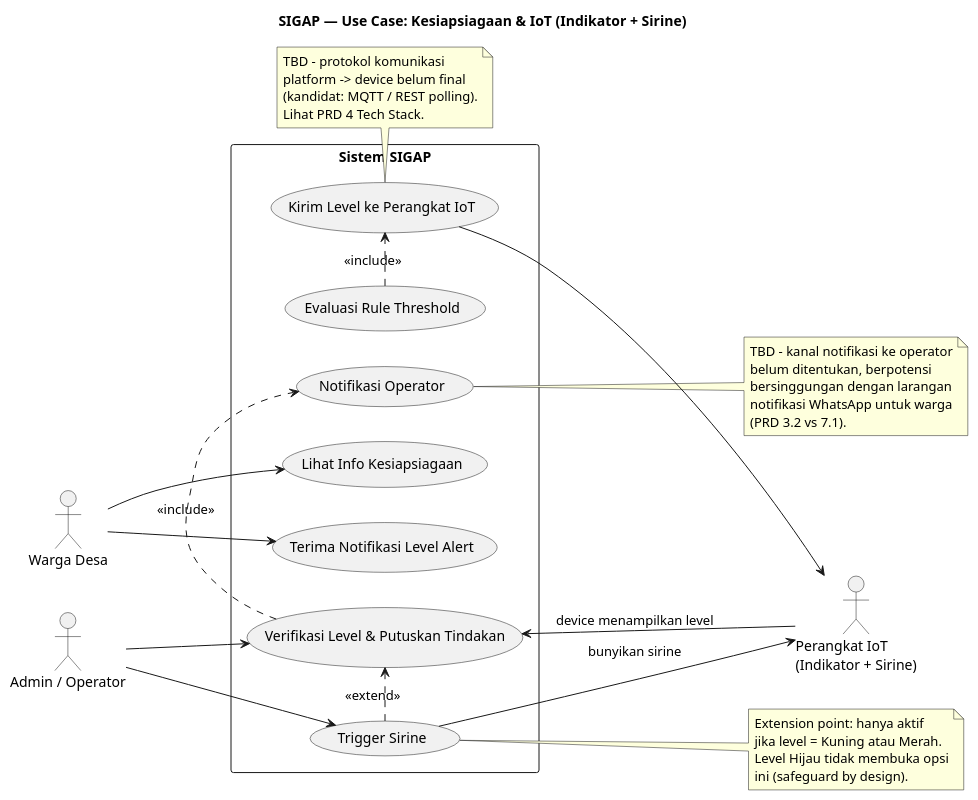
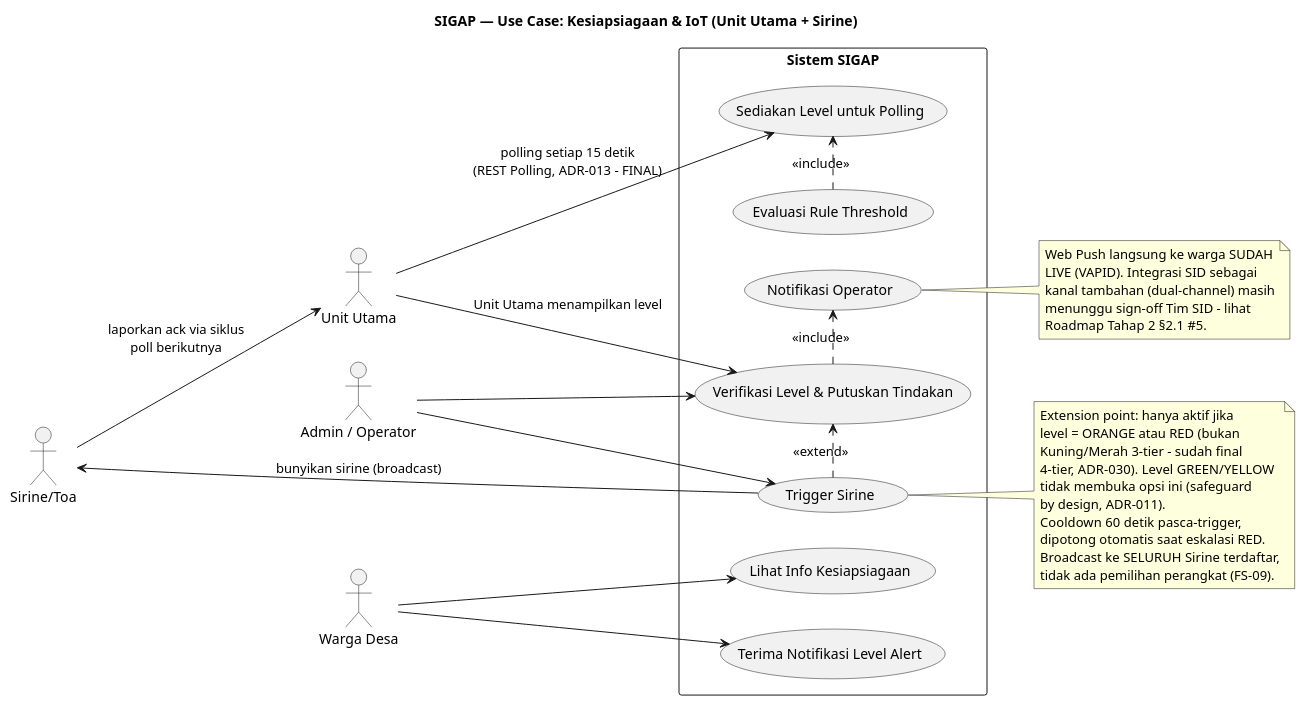
The diagram in docs/business/usecase/uc_kesiapsiagaan_iot.puml (Vextronode/sigap_app), drawn with PlantUML before and after one commit. The commit also changed 34 other files, not shown here.

```diff
--- a/docs/business/usecase/uc_kesiapsiagaan_iot.puml
+++ b/docs/business/usecase/uc_kesiapsiagaan_iot.puml
@@ -1,54 +1,55 @@
 @startuml uc_kesiapsiagaan_iot
 left to right direction
-title SIGAP — Use Case: Kesiapsiagaan & IoT (Indikator + Sirine)
+title SIGAP — Use Case: Kesiapsiagaan & IoT (Unit Utama + Sirine)
 
 actor "Warga Desa" as Warga
-actor "Admin / Operator" as Admin
-actor "Perangkat IoT\n(Indikator + Sirine)" as IoT
+actor "Admin / Operator" as AdminOp
+actor "Unit Utama" as UU
+actor "Sirine/Toa" as Si
 
 rectangle "Sistem SIGAP" {
   usecase "Lihat Info Kesiapsiagaan" as UC3
   usecase "Terima Notifikasi Level Alert" as UC4
   usecase "Evaluasi Rule Threshold" as UC_rule
-  usecase "Kirim Level ke Perangkat IoT" as UC11
+  usecase "Sediakan Level untuk Polling" as UC11
   usecase "Verifikasi Level & Putuskan Tindakan" as UC8
   usecase "Trigger Sirine" as UC9
   usecase "Notifikasi Operator" as UC_notif
 }
 
 Warga --> UC3
 Warga --> UC4
 
 UC_rule .> UC11 : <<include>>
-UC11 --> IoT
+UU --> UC11 : polling setiap 15 detik\n(REST Polling, ADR-013 - FINAL)
 
-IoT --> UC8 : device menampilkan level
+UU --> UC8 : Unit Utama menampilkan level
 UC8 .> UC_notif : <<include>>
-Admin --> UC8
+AdminOp --> UC8
 
 UC9 .> UC8 : <<extend>>
 note right of UC9
-  Extension point: hanya aktif
-  jika level = Kuning atau Merah.
-  Level Hijau tidak membuka opsi
-  ini (safeguard by design).
+  Extension point: hanya aktif jika
+  level = ORANGE atau RED (bukan
+  Kuning/Merah 3-tier - sudah final
+  4-tier, ADR-030). Level GREEN/YELLOW
+  tidak membuka opsi ini (safeguard
+  by design, ADR-011).
+  Cooldown 60 detik pasca-trigger,
+  dipotong otomatis saat eskalasi RED.
+  Broadcast ke SELURUH Sirine terdaftar,
+  tidak ada pemilihan perangkat (FS-09).
 end note
-Admin --> UC9
-UC9 --> IoT : bunyikan sirine
+AdminOp --> UC9
+UC9 --> Si : bunyikan sirine (broadcast)
+Si --> UU : laporkan ack via siklus\npoll berikutnya
 
 note right of UC_notif
-  TBD - kanal notifikasi ke operator
-  belum ditentukan, berpotensi
-  bersinggungan dengan larangan
-  notifikasi WhatsApp untuk warga
-  (PRD 3.2 vs 7.1).
-end note
-
-note bottom of UC11
-  TBD - protokol komunikasi
-  platform -> device belum final
-  (kandidat: MQTT / REST polling).
-  Lihat PRD 4 Tech Stack.
+  Web Push langsung ke warga SUDAH
+  LIVE (VAPID). Integrasi SID sebagai
+  kanal tambahan (dual-channel) masih
+  menunggu sign-off Tim SID - lihat
+  Roadmap Tahap 2 §2.1 #5.
 end note
 
 @enduml
```
